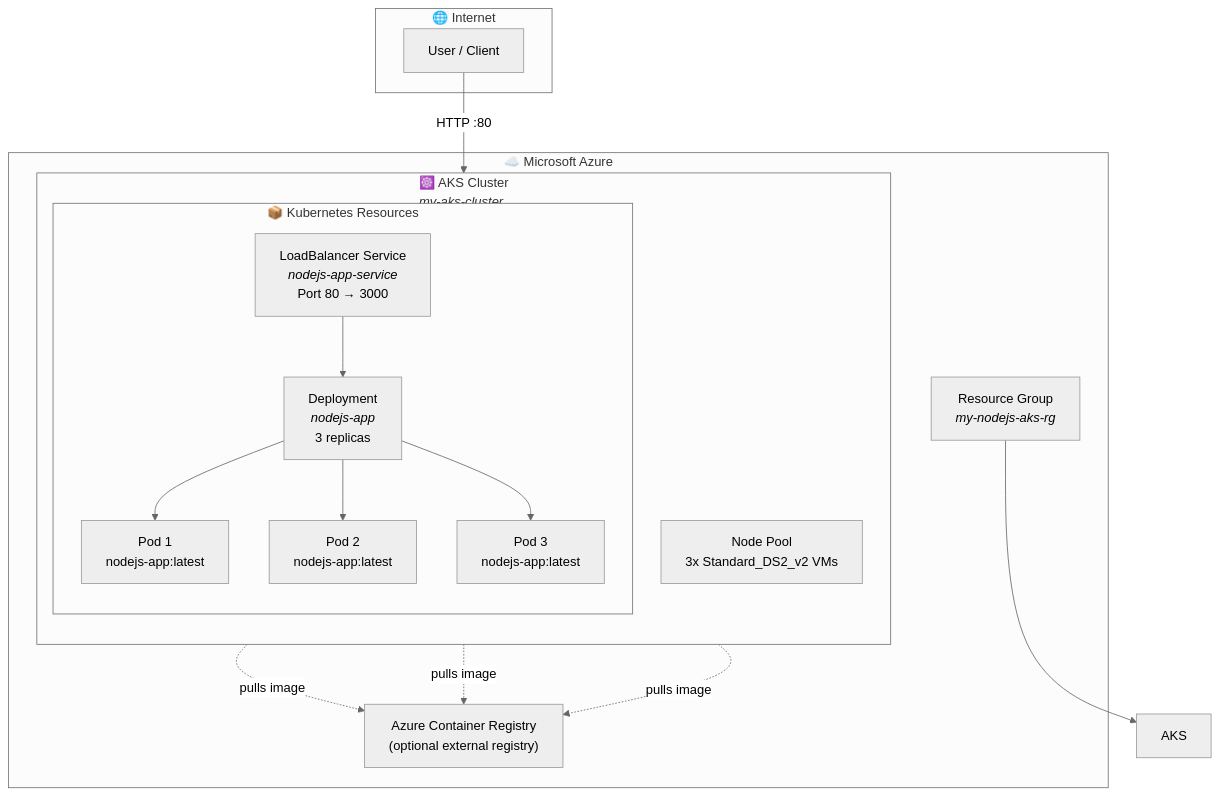
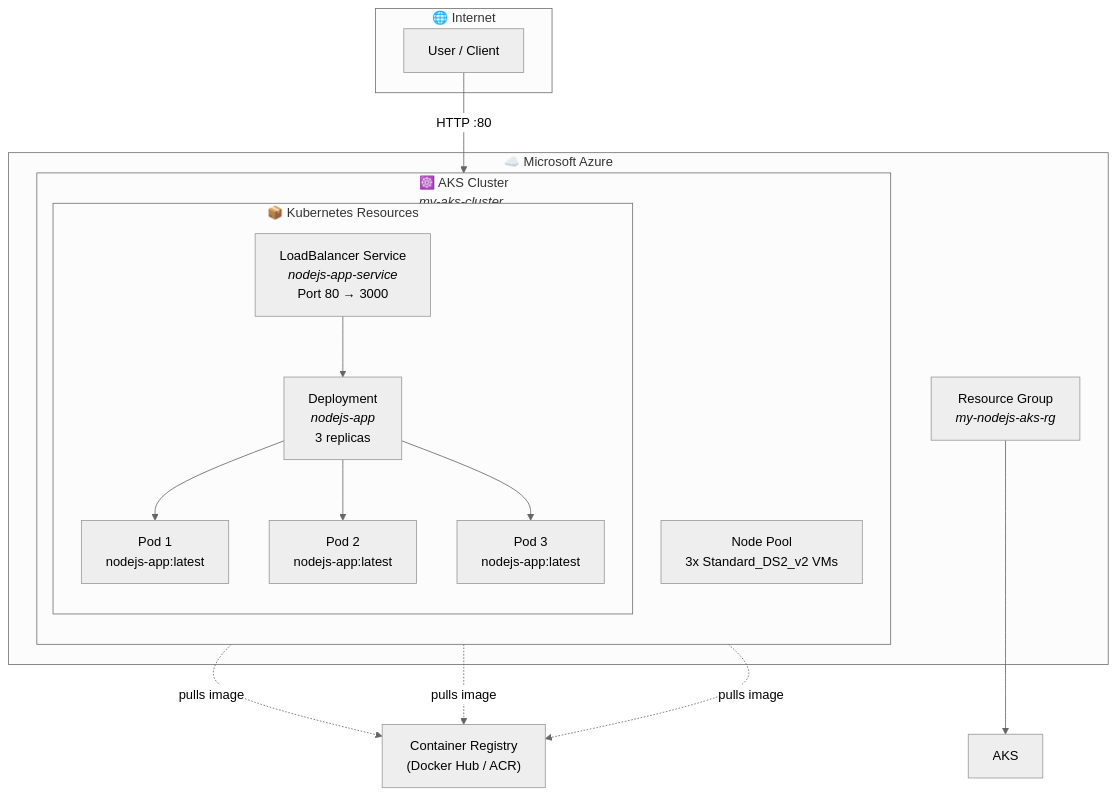
One commit to tukue/simpleInfraascodeAzure changed the first of 3 diagrams in nodejs-aks-project/README.md. Above: the diagram before and after it, drawn with Mermaid (neutral theme). The commit also changed other lines of this file, not shown here.

````diff
--- a/nodejs-aks-project/README.md
+++ b/nodejs-aks-project/README.md
@@ -21,33 +88,31 @@
 ```mermaid
 graph TB
     subgraph "🌐 Internet"
         User["User / Client"]
     end
 
     subgraph "☁️ Microsoft Azure"
         RG["Resource Group<br/><i>my-nodejs-aks-rg</i>"]
-        
+
         subgraph "☸️ AKS Cluster<br/><i>my-aks-cluster</i>"
             direction TB
             NodePool["Node Pool<br/>3x Standard_DS2_v2 VMs"]
-            
+
             subgraph "📦 Kubernetes Resources"
                 Service["LoadBalancer Service<br/><i>nodejs-app-service</i><br/>Port 80 → 3000"]
                 Deployment["Deployment<br/><i>nodejs-app</i><br/>3 replicas"]
                 Pod1["Pod 1<br/>nodejs-app:latest"]
                 Pod2["Pod 2<br/>nodejs-app:latest"]
                 Pod3["Pod 3<br/>nodejs-app:latest"]
             end
         end
-
-        ACR["Azure Container Registry<br/>(optional external registry)"]
     end
 
     User -->|"HTTP :80"| Service
     Service --> Deployment
     Deployment --> Pod1 & Pod2 & Pod3
-    Pod1 -.->|"pulls image"| ACR
-    Pod2 -.->|"pulls image"| ACR
-    Pod3 -.->|"pulls image"| ACR
+    Pod1 -.->|"pulls image"| DockerRegistry["Container Registry<br/>(Docker Hub / ACR)"]
+    Pod2 -.->|"pulls image"| DockerRegistry
+    Pod3 -.->|"pulls image"| DockerRegistry
     RG --> AKS
 ```
````
